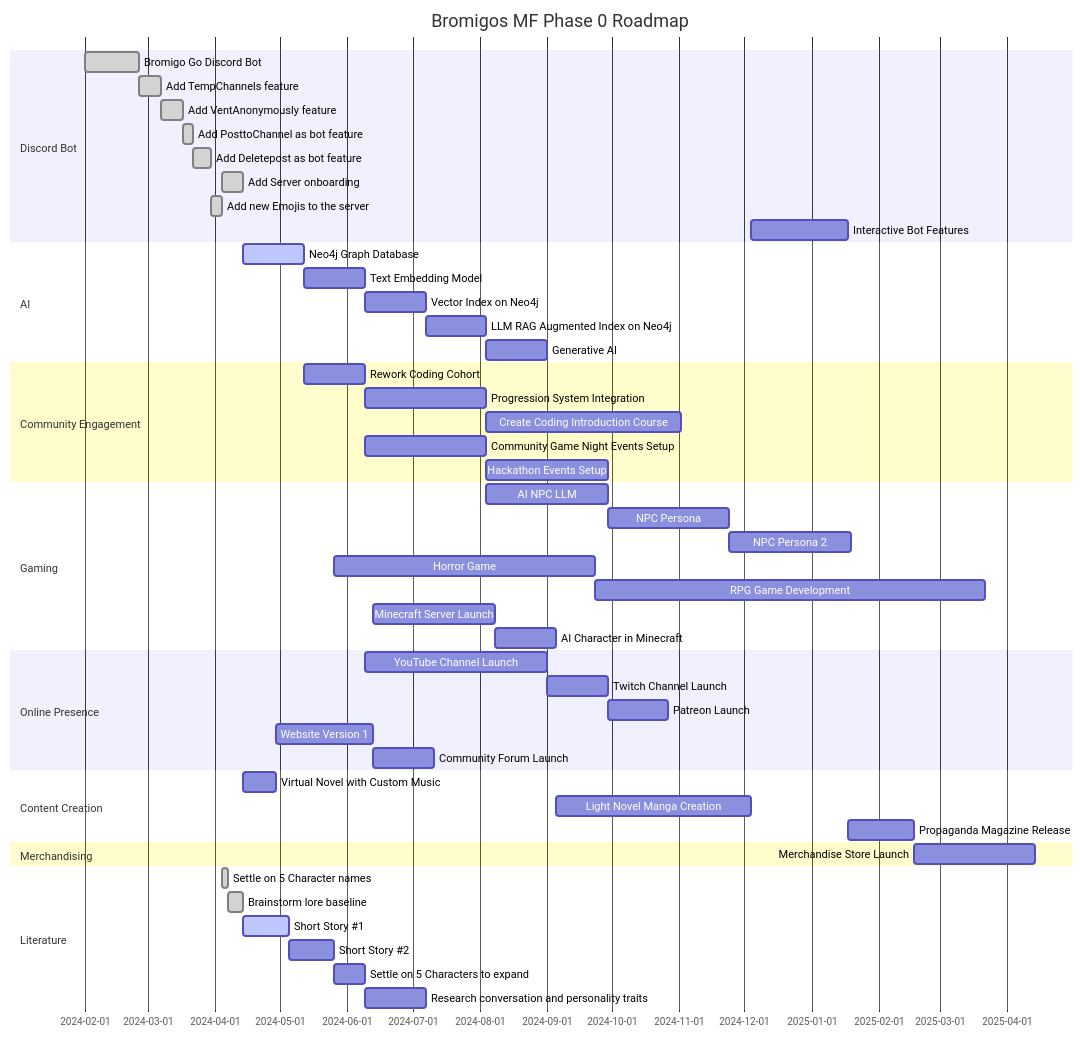
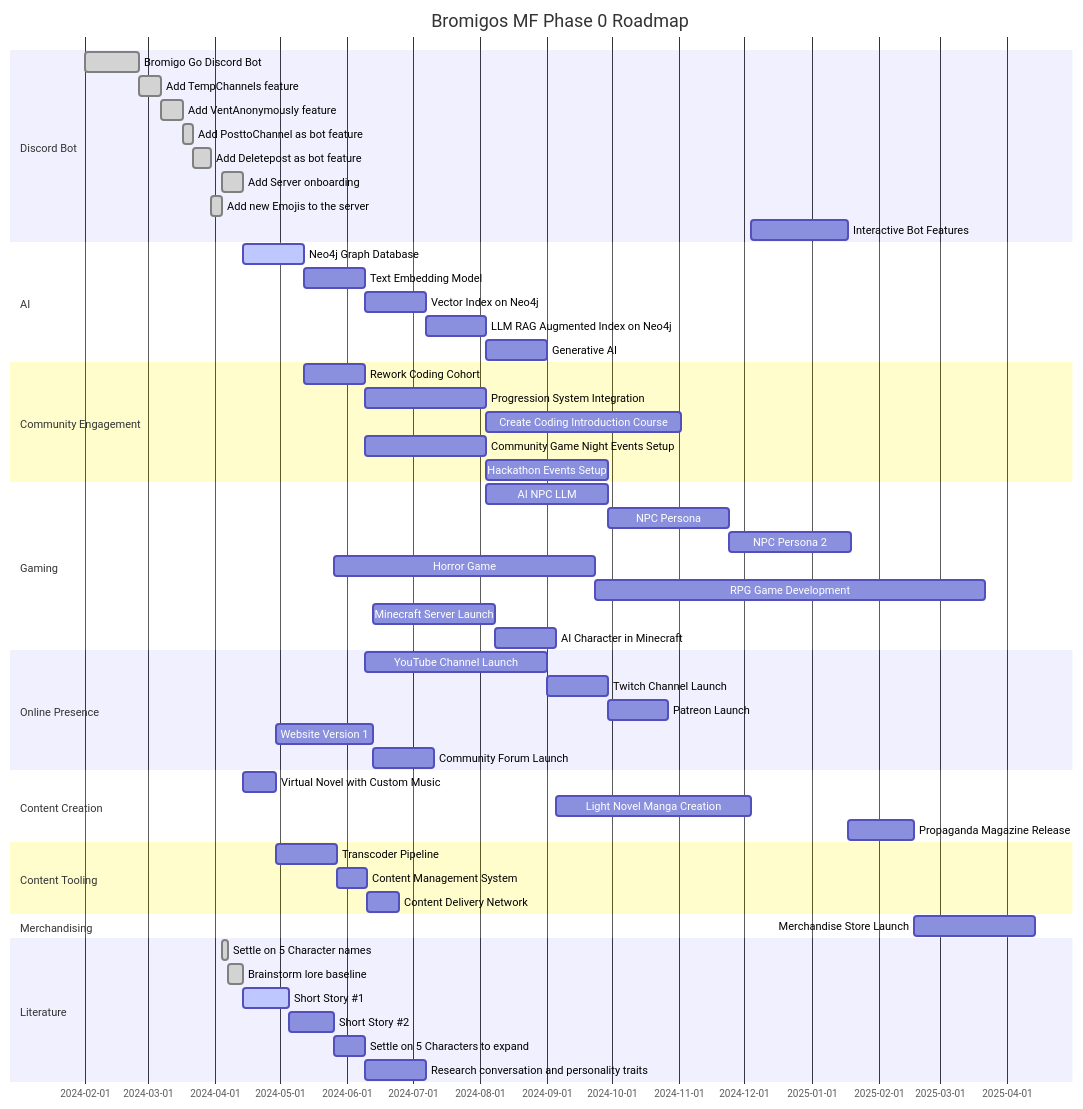
The diagram in profile/README.md (bromigos-org/.github), drawn with Mermaid before and after one commit.

Commit message:
Add Content Tooling to roadmap

````diff
--- a/profile/README.md
+++ b/profile/README.md
@@ -5,64 +5,69 @@
 ```mermaid
 gantt
     dateFormat  YYYY-MM-DD
     title Bromigos MF Phase 0 Roadmap
 
     section Discord Bot
     Bromigo Go Discord Bot        :done, bot1, 2024-02-01, 25d
     Add TempChannels feature     :done, vap1, after bot1, 10d
     Add VentAnonymously feature        :done, tcp1, after vap1, 10d
     Add PosttoChannel as bot feature       :done, ptc1, after tcp1, 5d
     Add Deletepost as bot feature        :done, dp1, after ptc1, 8d
     Add Server onboarding      :done,        sb1, after ne1, 10d
     Add new Emojis to the server      :done,        ne1, after dp1, 5d
     Interactive Bot Features        :        ibf1, after manga1, 45d
 
     section AI
     Neo4j Graph Database :active,        neo1, after sb1, 4w
     Text Embedding Model :        tem1, after neo1, 4w
     Vector Index on Neo4j:        vin1, after tem1, 4w
     LLM RAG Augmented Index on Neo4j: lrain1, after vin1, 4w
     Generative AI :        gai1, after lrain1, 4w
     
 
     section Community Engagement
     Rework Coding Cohort          :        rcc1, after neo1, 4w
     Progression System Integration:        psi1, after rcc1, 8w
     Create Coding Introduction Course:      cic1, after psi1, 90d
     Community Game Night Events Setup          :        cgn1, after rcc1, 8w
     Hackathon Events Setup               :        hack1, after cgn1, 8w
 
     section Gaming
     AI NPC LLM                 :        anp1, after lrain1, 8w
     NPC Persona               :        np1, after anp1, 8w
     NPC Persona 2             :        np2, after np1, 8w
     Horror Game                     :        hg1, after ss2, 120d
     RPG Game Development            :        rpg1, after hg1, 180d
     Minecraft Server Launch         :        mc1, after web1, 8w
     AI Character in Minecraft       :        ai1, after mc1, 4w
 
     section Online Presence
     YouTube Channel Launch          :        yt1, after rcc1, 12w
     Twitch Channel Launch           :        twitch1, after yt1, 4w
     Patreon Launch                  :        pat1, after twitch1, 4w
     Website Version 1               :        web1, after vn1, 45d
     Community Forum Launch          :        cf1, after web1, 4w
 
     section Content Creation
     Virtual Novel with Custom Music :        vn1, after tb3, 15d
     Light Novel Manga Creation      :        manga1, after ai1, 90d
     Propaganda Magazine Release     :        pm1, after ibf1, 30d
 
+    section Content Tooling
+    Transcoder Pipeline             :        tp1, after vn1, 4w
+    Content Management System       :        cms1, after tp1, 2w
+    Content Delivery Network        :        cdn1, after cms1, 15d
+
     section Merchandising
     Merchandise Store Launch        :        merch1, after pm1, 8w
 
     section Literature
     Settle on 5 Character names       :done,        scn1, after ne1, 3d
     Brainstorm lore baseline     :done,        cb1, after scn1, 1w
     Short Story #1:active,        ss1, after cb1, 3w
     Short Story #2:        ss2, after ss1, 3w
     Settle on 5 Characters to expand     :        scd1, after ss2, 2w
     Research conversation and personality traits:        rcpt1, after scd1, 4w
 
 
 ```
````
